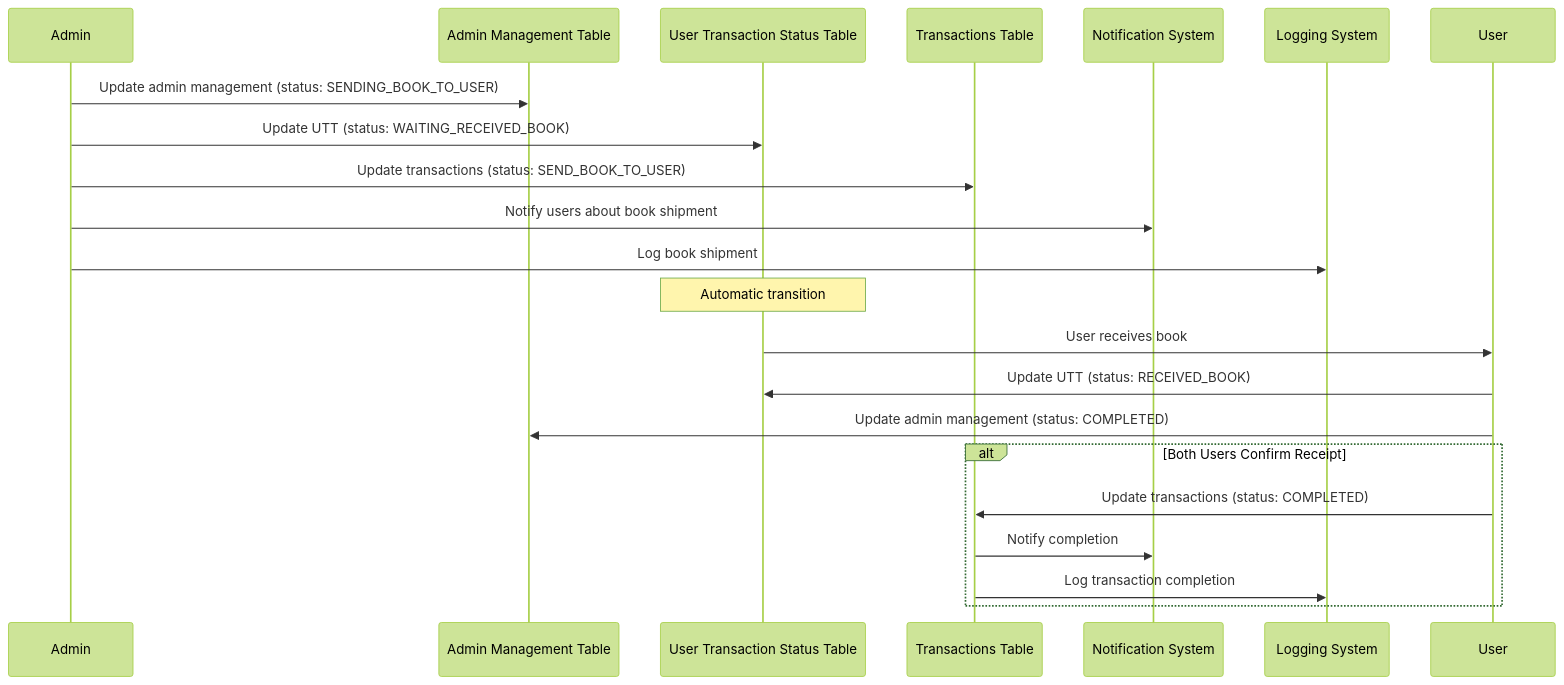
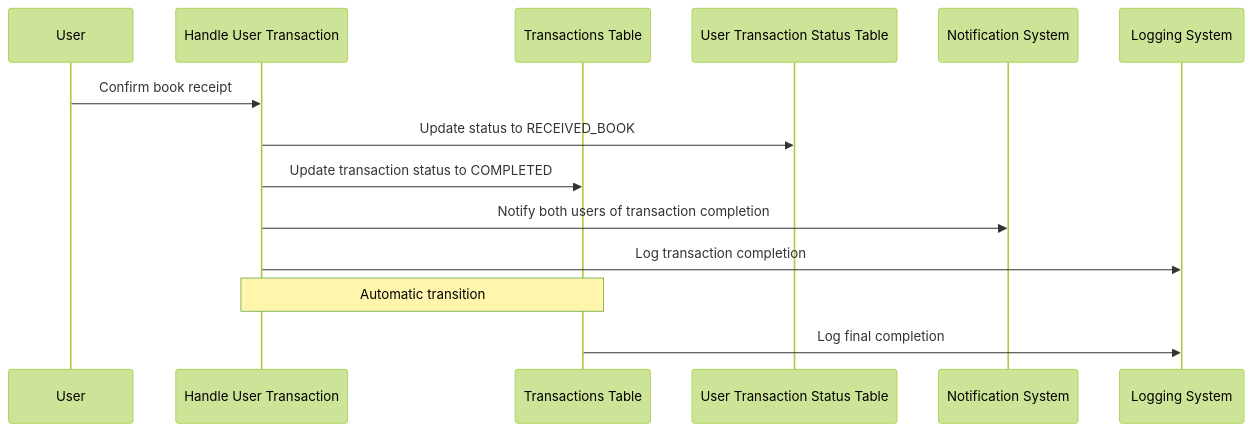
The tenth of 11 diagrams in documents/Exchange.flow.md (Loknong/book-exchange), drawn with Mermaid (forest theme) before and after one commit. The commit also changed other lines of this file, not shown here.

````diff
--- a/documents/Exchange.flow.md
+++ b/documents/Exchange.flow.md
@@ -312,27 +304,18 @@
 ```mermaid
 sequenceDiagram
-    participant Admin
-    participant AdminManagementTable as Admin Management Table
+    participant User
+    participant HandleUserTransaction as Handle User Transaction
+    participant TransactionsTable as Transactions Table
     participant UserTransactionStatusTable as User Transaction Status Table
-    participant TransactionsTable as Transactions Table
     participant NotificationSystem as Notification System
     participant LoggingSystem as Logging System
-    participant User
 
-    Admin->>AdminManagementTable: Update admin management (status: SENDING_BOOK_TO_USER)
-    Admin->>UserTransactionStatusTable: Update UTT (status: WAITING_RECEIVED_BOOK)
-    Admin->>TransactionsTable: Update transactions (status: SEND_BOOK_TO_USER)
-    Admin->>NotificationSystem: Notify users about book shipment
-    Admin->>LoggingSystem: Log book shipment
+    User->>HandleUserTransaction: Confirm book receipt
+    HandleUserTransaction->>UserTransactionStatusTable: Update status to RECEIVED_BOOK
+    HandleUserTransaction->>TransactionsTable: Update transaction status to COMPLETED
+    HandleUserTransaction->>NotificationSystem: Notify both users of transaction completion
+    HandleUserTransaction->>LoggingSystem: Log transaction completion
 
-    note over UserTransactionStatusTable: Automatic transition
-    UserTransactionStatusTable->>User: User receives book
-    User->>UserTransactionStatusTable: Update UTT (status: RECEIVED_BOOK)
-    User->>AdminManagementTable: Update admin management (status: COMPLETED)
-
-    alt Both Users Confirm Receipt
-        User->>TransactionsTable: Update transactions (status: COMPLETED)
-        TransactionsTable->>NotificationSystem: Notify completion
-        TransactionsTable->>LoggingSystem: Log transaction completion
-    end
+    note over HandleUserTransaction, TransactionsTable: Automatic transition
+    TransactionsTable->>LoggingSystem: Log final completion
 ```
````
